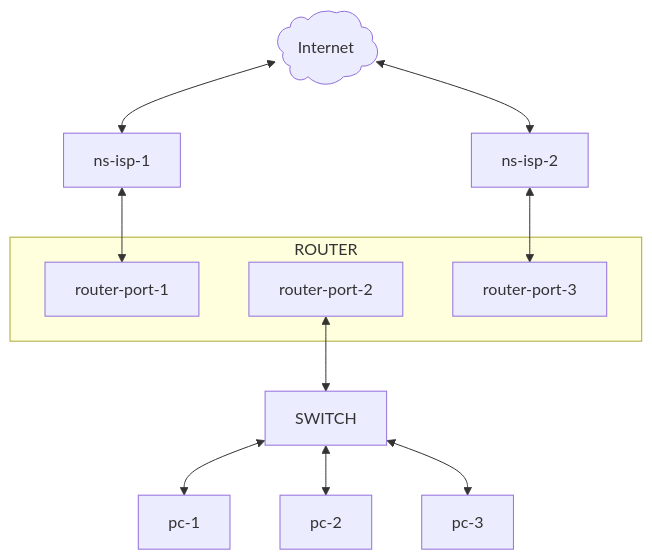
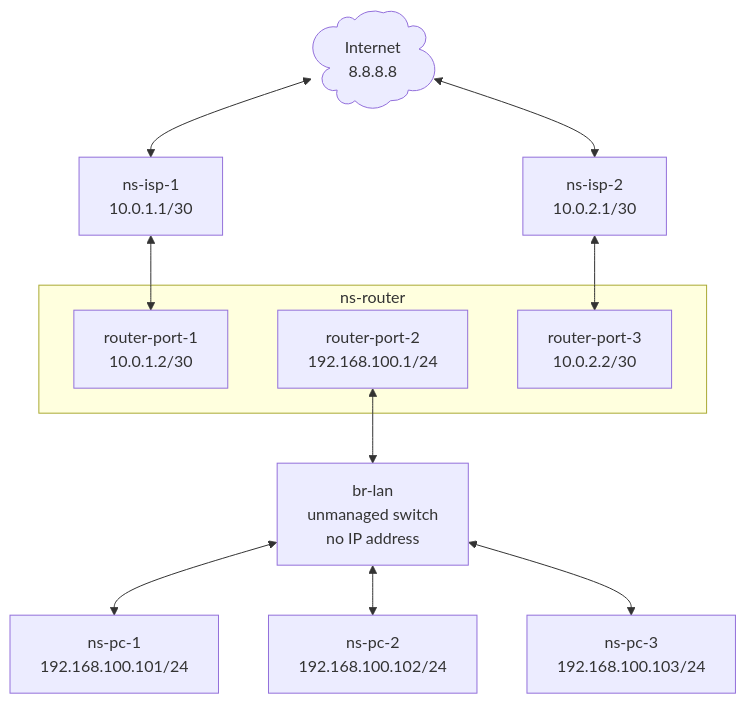
Before and after one commit to twdamhore/virtual-switch-lab: the diagram in docs/01-policy-routing.md, drawn with Mermaid. The commit also changed other lines of this file, not shown here.

Commit message:
Update policy routing diagram with IP addresses

````diff
--- a/docs/01-policy-routing.md
+++ b/docs/01-policy-routing.md
@@ -33,25 +34,26 @@
 ```mermaid
 graph TB
-    Internet@{ label: "Internet", shape: cloud }
-    ISP_1["ns-isp-1"]
-    ISP_2["ns-isp-2"]
-    subgraph ROUTER
-        ROUTER_PORT_1["router-port-1"]
-        ROUTER_PORT_2["router-port-2"]
-        ROUTER_PORT_3["router-port-3"]
+    Internet@{ label: "Internet<br>8.8.8.8", shape: cloud }
+    ISP_1["ns-isp-1<br>10.0.1.1/30"]
+    ISP_2["ns-isp-2<br>10.0.2.1/30"]
+    subgraph "ns-router"
+        ROUTER_PORT_1["router-port-1<br>10.0.1.2/30"]
+        ROUTER_PORT_2["router-port-2<br>192.168.100.1/24"]
+        ROUTER_PORT_3["router-port-3<br>10.0.2.2/30"]
     end
-    SWITCH
-    PC_1["pc-1"]
-    PC_2["pc-2"]
-    PC_3["pc-3"]
+    SWITCH["br-lan<br>unmanaged switch<br>no IP address"]
+
+    PC_1["ns-pc-1<br>192.168.100.101/24"]
+    PC_2["ns-pc-2<br>192.168.100.102/24"]
+    PC_3["ns-pc-3<br>192.168.100.103/24"]
     
     Internet <--> ISP_1
     Internet <--> ISP_2
     ISP_1 <--> ROUTER_PORT_1
     ISP_2 <--> ROUTER_PORT_3
     ROUTER_PORT_2 <--> SWITCH
     SWITCH <--> PC_1
     SWITCH <--> PC_2
     SWITCH <--> PC_3
     
 ```
````
